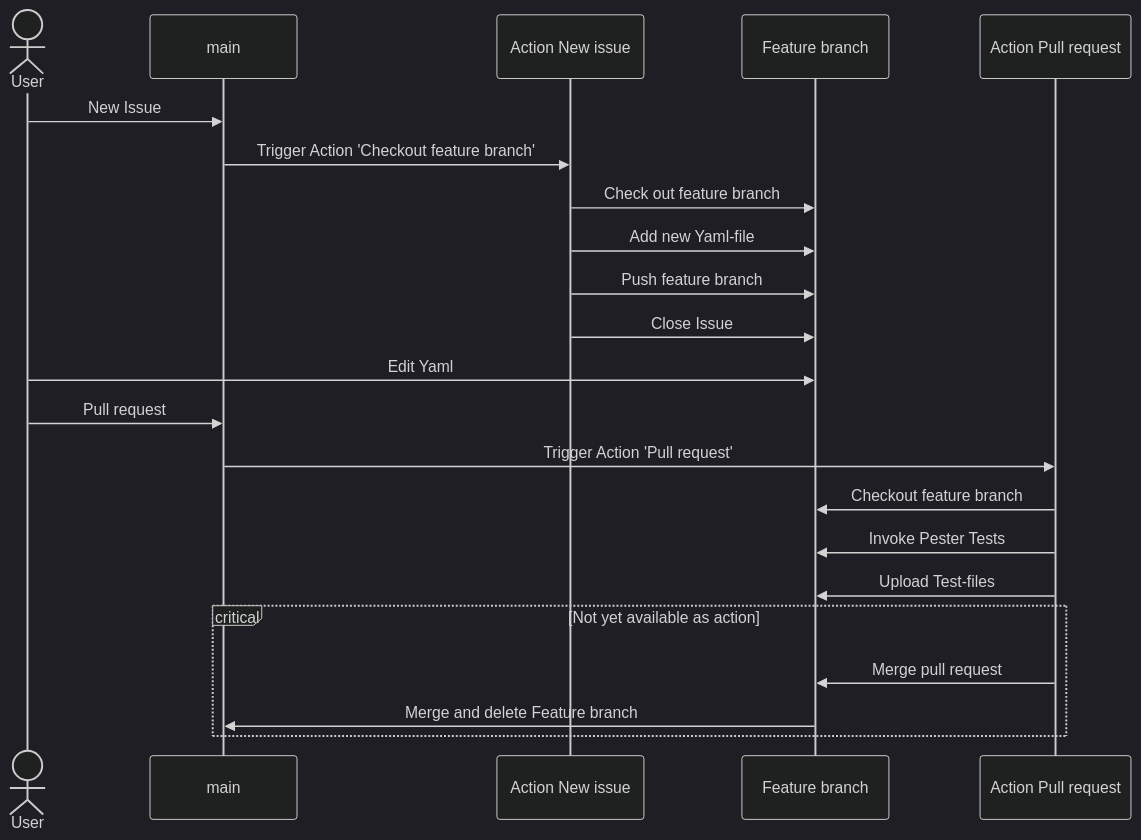
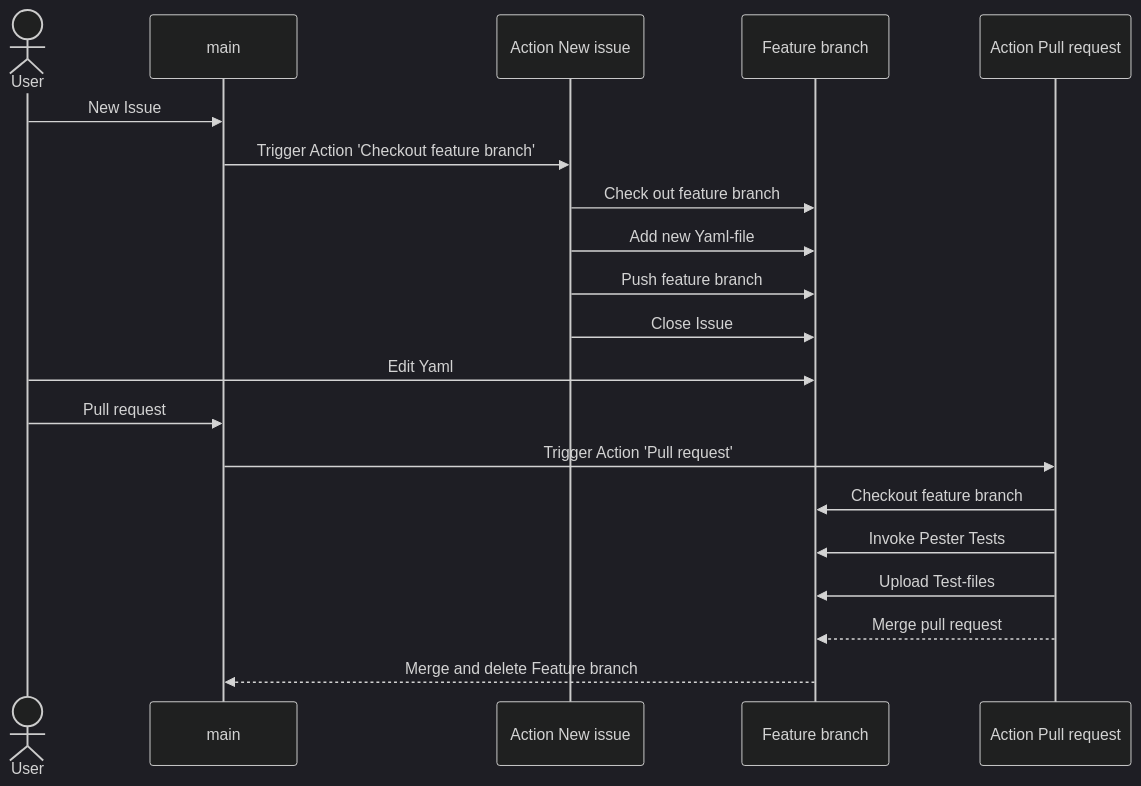
The diagram in README.md (tinuwalther/actionstest), drawn with Mermaid (dark theme) before and after one commit.

`````diff
--- a/README.md
+++ b/README.md
@@ -9,20 +9,18 @@
 ````mermaid
 sequenceDiagram
     actor User
     User->>main: New Issue
     main->>Action New issue: Trigger Action 'Checkout feature branch'
     Action New issue->>Feature branch: Check out feature branch
     Action New issue->>Feature branch: Add new Yaml-file
     Action New issue->>Feature branch: Push feature branch
     Action New issue->>Feature branch: Close Issue
     User->>Feature branch: Edit Yaml
     User->>main: Pull request
     main->>Action Pull request: Trigger Action 'Pull request'
     Action Pull request->>Feature branch: Checkout feature branch
     Action Pull request->>Feature branch: Invoke Pester Tests
     Action Pull request->>Feature branch: Upload Test-files
-    critical Not yet available as action
-      Action Pull request->>Feature branch: Merge pull request
-      Feature branch->>main: Merge and delete Feature branch
-    end
+    Action Pull request-->>Feature branch: Merge pull request
+    Feature branch-->>main: Merge and delete Feature branch
 ````
`````
